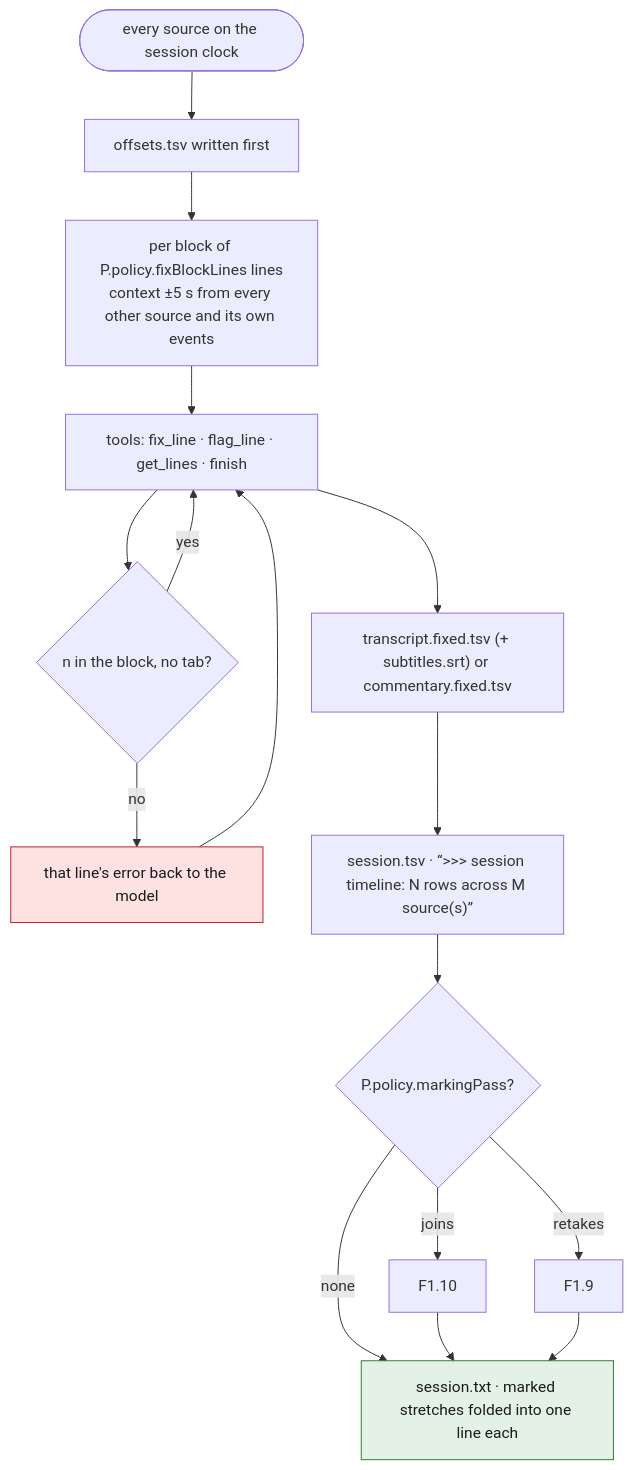
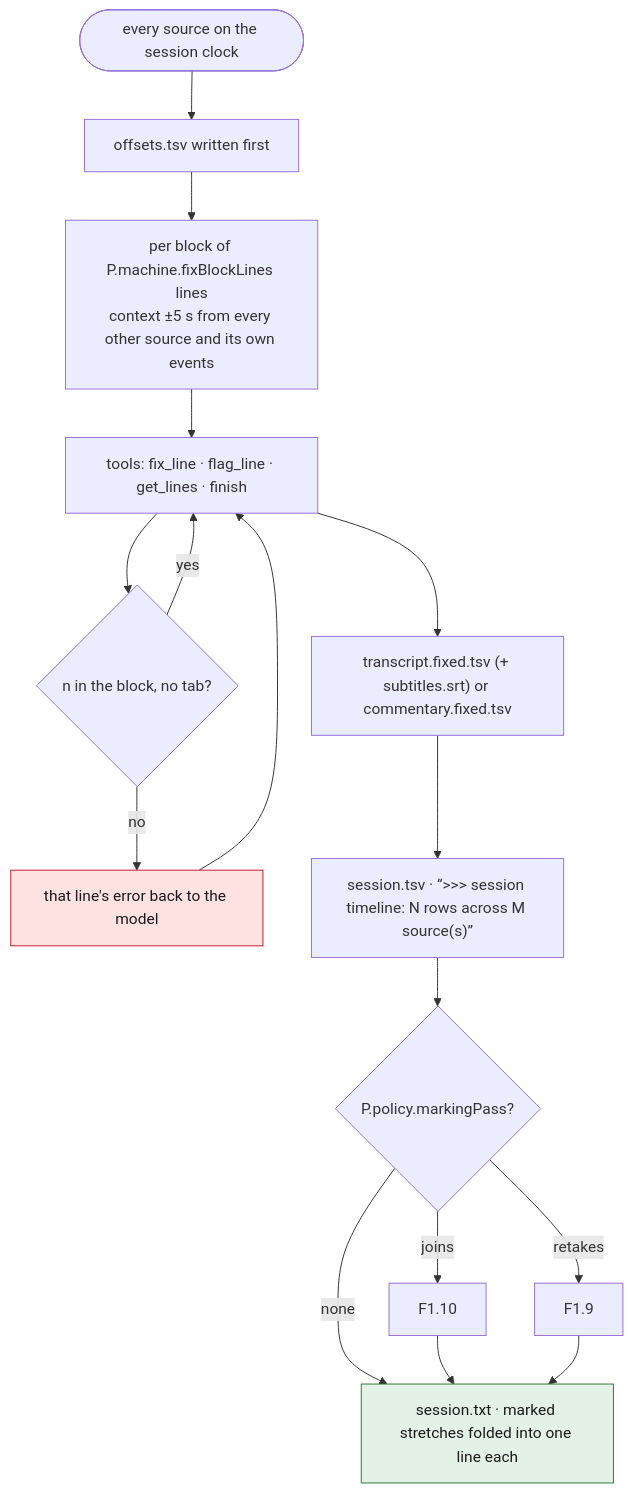
The eighth of 12 diagrams in spec/04-prepare.md (tbocek/naivepost), drawn with Mermaid before and after one commit. The commit also changed other lines of this file and 16 other files, not shown here.

````diff
--- a/spec/04-prepare.md
+++ b/spec/04-prepare.md
@@ -236,21 +236,21 @@
 ```mermaid
 flowchart TD
   A(["every source on the session clock"]) --> OFF["offsets.tsv written first"]
-  OFF --> BL["per block of P.policy.fixBlockLines lines<br/>context ±5 s from every other source and its own events"]
+  OFF --> BL["per block of P.machine.fixBlockLines lines<br/>context ±5 s from every other source and its own events"]
   BL --> T["tools: fix_line · flag_line · get_lines · finish"]
   T --> V{"n in the block, no tab?"}
   V -- no --> ERR["that line's error back to the model"]:::refuse
   ERR --> T
   V -- yes --> T
   T --> OUT["transcript.fixed.tsv (+ subtitles.srt) or commentary.fixed.tsv"]
   OUT --> SS["session.tsv · “>>> session timeline: N rows across M source(s)”"]
   SS --> MK{"P.policy.markingPass?"}
   MK -- joins --> J["F1.10"]
   MK -- retakes --> RT["F1.9"]
   MK -- none --> TXT
   J --> TXT
   RT --> TXT["session.txt · marked stretches folded into one line each"]:::done
   classDef refuse fill:#fde2e1,stroke:#c01c28,color:#1a1a1a
   classDef done fill:#e3f1e6,stroke:#2e7d32,color:#1a1a1a
   classDef ask fill:#e8eefc,stroke:#3a63c8,color:#1a1a1a
 ```
````
